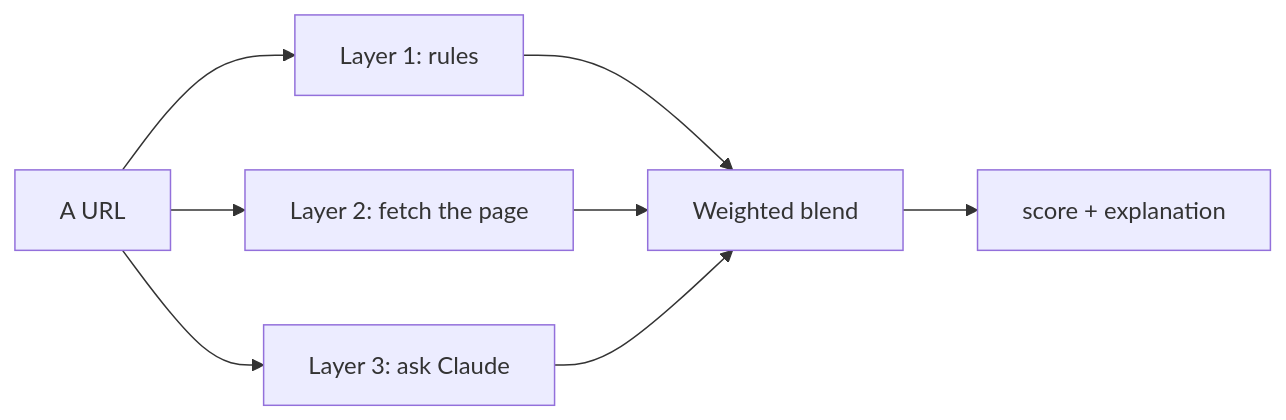
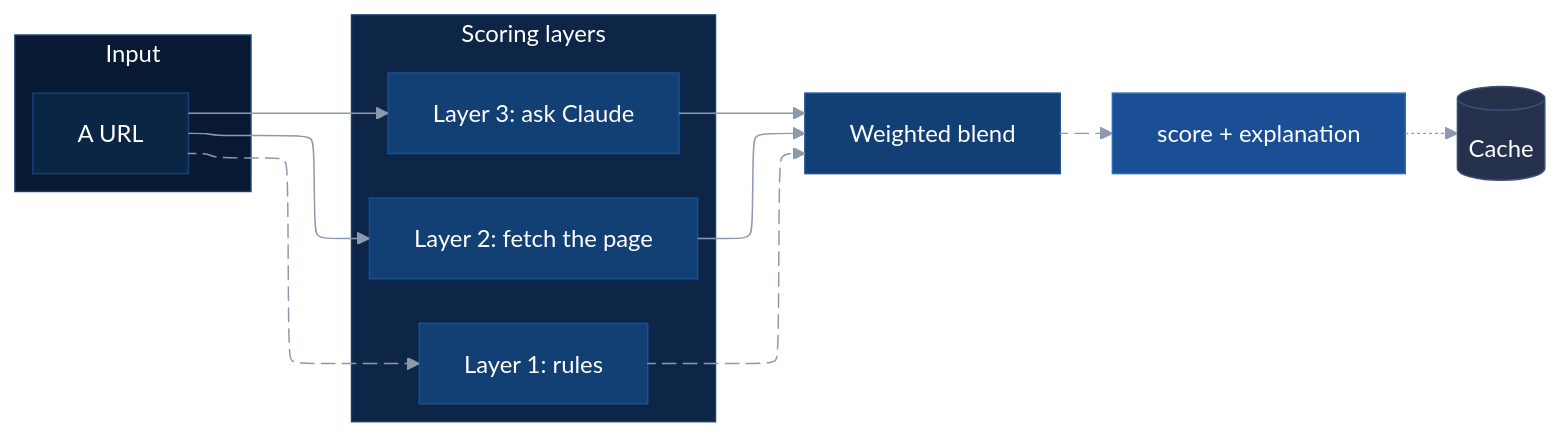
Before and after one commit to yiqiao-yin/pace-u-cs676: the diagram in GETTING_STARTED_AI_TOOLS.md, drawn with Mermaid. The commit also changed other lines of this file and 1 other file, not shown here.

````diff
--- a/GETTING_STARTED_AI_TOOLS.md
+++ b/GETTING_STARTED_AI_TOOLS.md
@@ -182,10 +256,53 @@
 ```mermaid
+---
+config:
+  layout: elk
+  theme: base
+  themeVariables:
+    lineColor: '#8d99ae'
+    fontFamily: ui-sans-serif, system-ui, sans-serif
+---
 flowchart LR
-    URL[A URL] --> Rules[Layer 1: rules]
-    URL --> Page[Layer 2: fetch the page]
-    URL --> LLM[Layer 3: ask Claude]
-    Rules --> Blend[Weighted blend]
+    subgraph Input["Input"]
+        URL[A URL]
+    end
+
+    subgraph Scoring["Scoring layers"]
+        Rules[Layer 1: rules]
+        Page[Layer 2: fetch the page]
+        LLM[Layer 3: ask Claude]
+    end
+
+    Blend[Weighted blend]
+    Score[score + explanation]
+    Cache[(Cache)]
+
+    %% Main path — animated
+    URL e1@--> Rules
+    Rules e2@--> Blend
+    Blend e3@--> Score
+
+    %% Secondary links — plain
+    URL --> Page
+    URL --> LLM
     Page --> Blend
     LLM --> Blend
-    Blend --> Score[score + explanation]
+    Score -.-> Cache
+
+    e1@{ animate: true }
+    e2@{ animate: true }
+    e3@{ animate: true }
+
+    classDef entry  fill:#0b2545,stroke:#134074,color:#ffffff
+    classDef layer  fill:#134074,stroke:#1b4f95,color:#ffffff
+    classDef output fill:#1b4f95,stroke:#2a6bb8,color:#ffffff
+    classDef side   fill:#25314d,stroke:#3d4f78,color:#ffffff
+
+    class URL entry
+    class Rules,Page,LLM,Blend layer
+    class Score output
+    class Cache side
+
+    style Input   fill:#081a33,stroke:#134074,color:#ffffff
+    style Scoring fill:#0d2647,stroke:#134074,color:#ffffff
 ```
````
